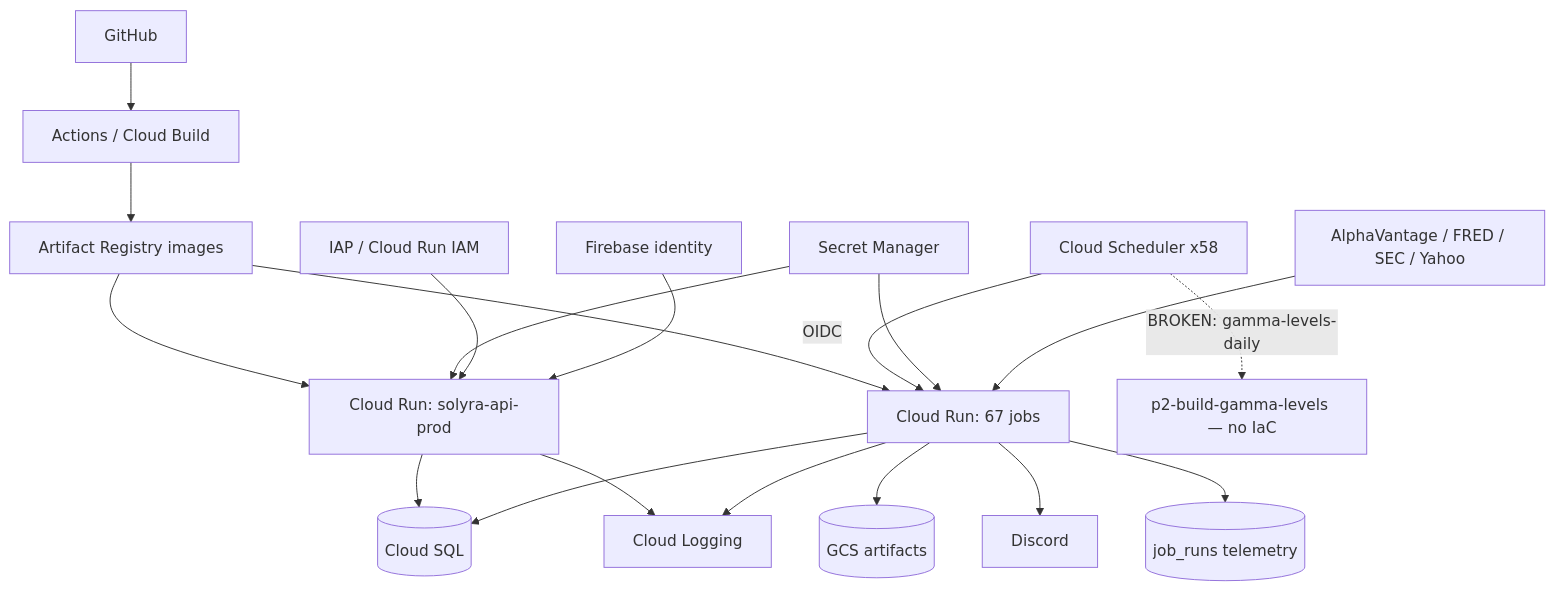
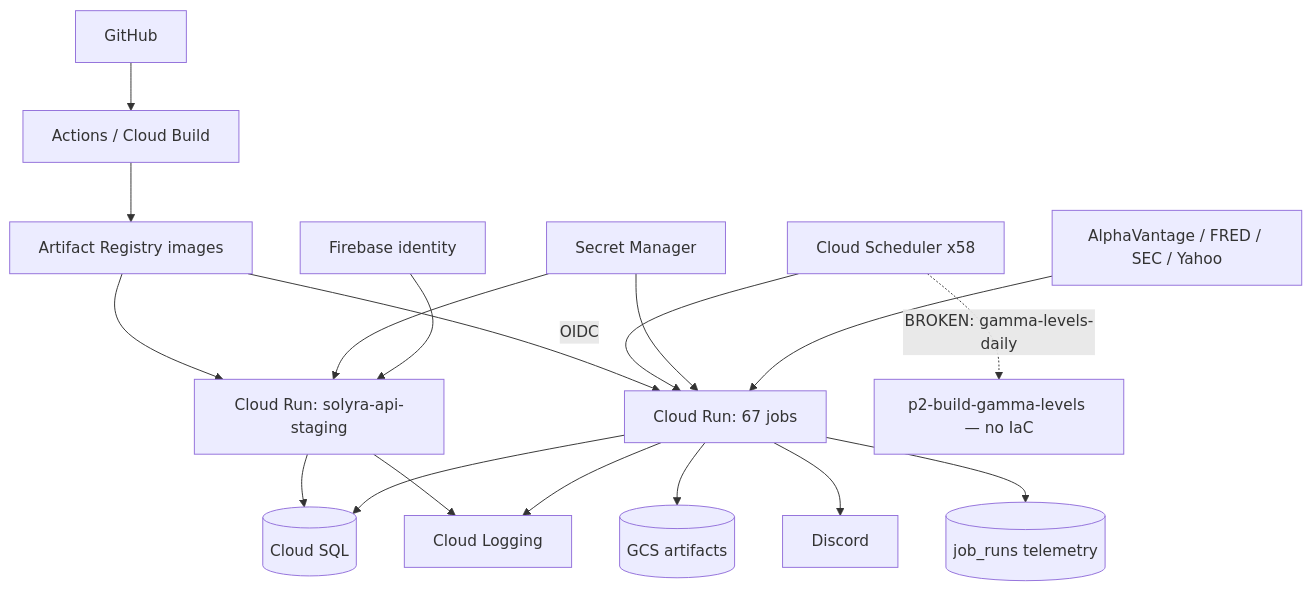
The diagram in docs/product/05-INFRASTRUCTURE.md (TeneikaAskew/stocks), drawn with Mermaid before and after one commit. The commit also changed other lines of this file and 7 other files, not shown here.

````diff
--- a/docs/product/05-INFRASTRUCTURE.md
+++ b/docs/product/05-INFRASTRUCTURE.md
@@ -240,21 +242,20 @@
 ```mermaid
 flowchart TB
  GH[GitHub] --> CI[Actions / Cloud Build]
  CI --> IMG[Artifact Registry images]
- IMG --> WEB[Cloud Run: solyra-api-prod]
+ IMG --> WEB[Cloud Run: solyra-api-staging]
  IMG --> JOB[Cloud Run: 67 jobs]
  SCH[Cloud Scheduler x58] -->|OIDC| JOB
  SCH -.->|BROKEN: gamma-levels-daily| MISSING[p2-build-gamma-levels — no IaC]
  SM[Secret Manager] --> WEB
  SM --> JOB
  WEB --> SQL[(Cloud SQL)]
  JOB --> SQL
  JOB --> GCS[(GCS artifacts)]
  V[AlphaVantage / FRED / SEC / Yahoo] --> JOB
  JOB --> DISCORD[Discord]
- IAP[IAP / Cloud Run IAM] --> WEB
  FB[Firebase identity] --> WEB
  WEB --> LOG[Cloud Logging]
  JOB --> LOG
  JOB --> JR[(job_runs telemetry)]
 ```
````
